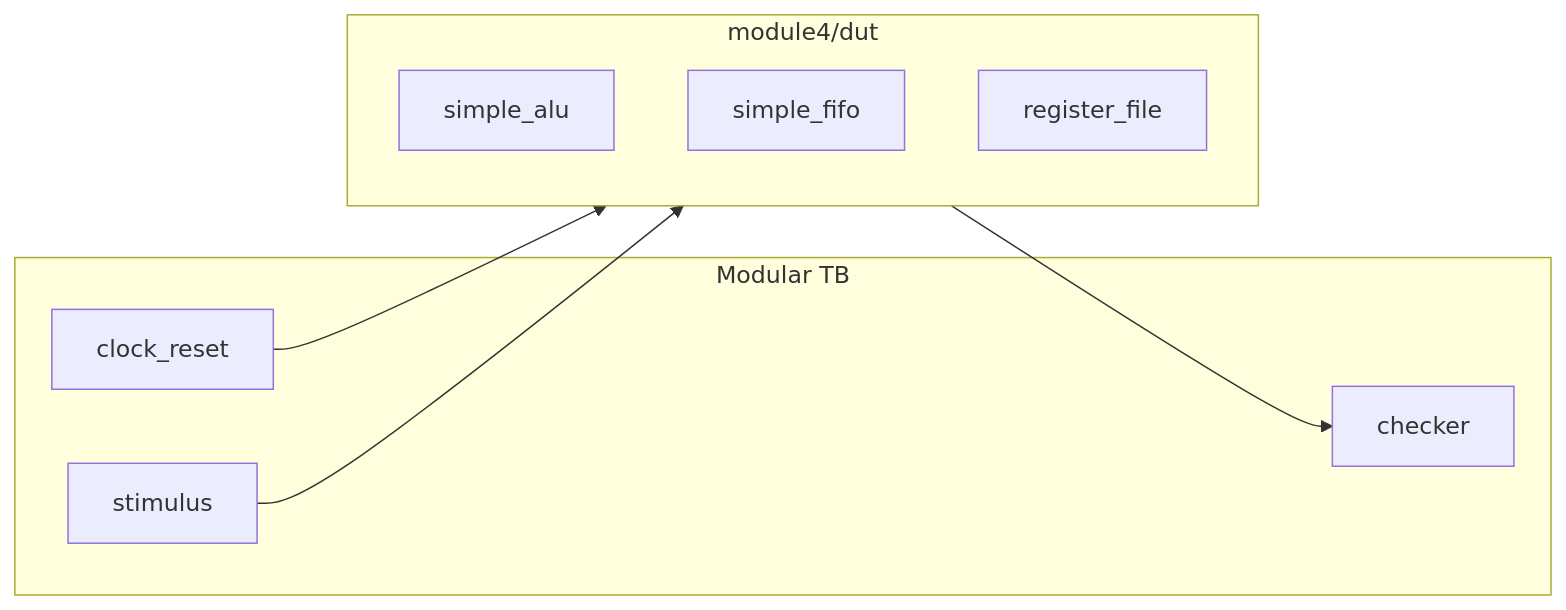
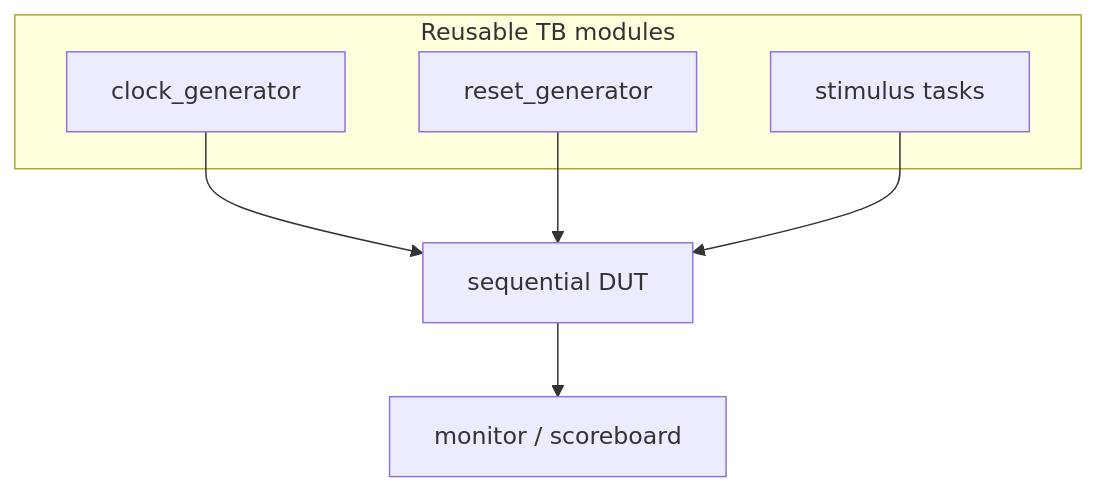
The diagram in media/module4/assets/diagrams/rtl_architecture.mmd (universal-verification-methodology/learn_verilator_iverilog), drawn with Mermaid before and after one commit. The commit also changed 1112 other files, not shown here.

```diff
--- a/media/module4/assets/diagrams/rtl_architecture.mmd
+++ b/media/module4/assets/diagrams/rtl_architecture.mmd
@@ -1,14 +1,10 @@
-flowchart LR
-  subgraph agents["Modular TB"]
-    CLK[clock_reset]
-    STIM[stimulus]
-    CHK[checker]
+flowchart TB
+  CLK[clock_generator] --> DUT[sequential DUT]
+  RST[reset_generator] --> DUT
+  STIM[stimulus tasks] --> DUT
+  DUT --> MON[monitor / scoreboard]
+  subgraph blocks["Reusable TB modules"]
+    CLK
+    RST
+    STIM
   end
-  subgraph dut4["module4/dut"]
-    ALU[simple_alu]
-    FIFO[simple_fifo]
-    RF[register_file]
-  end
-  CLK --> dut4
-  STIM --> dut4
-  dut4 --> CHK
```
